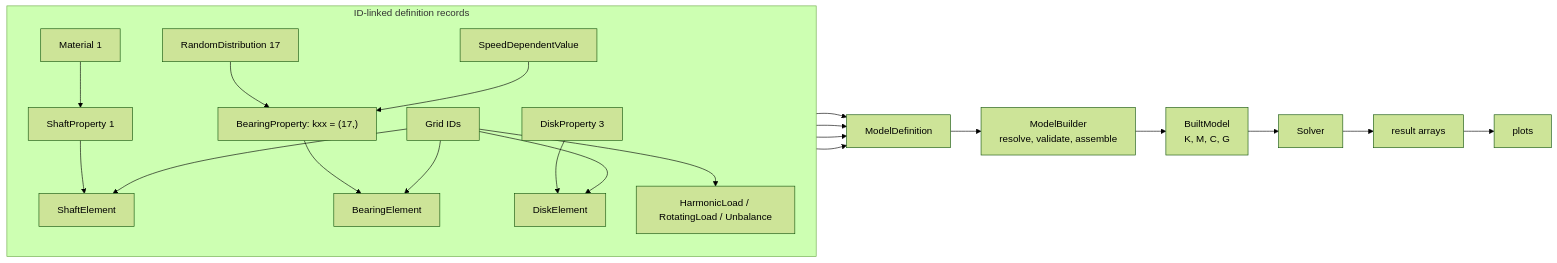
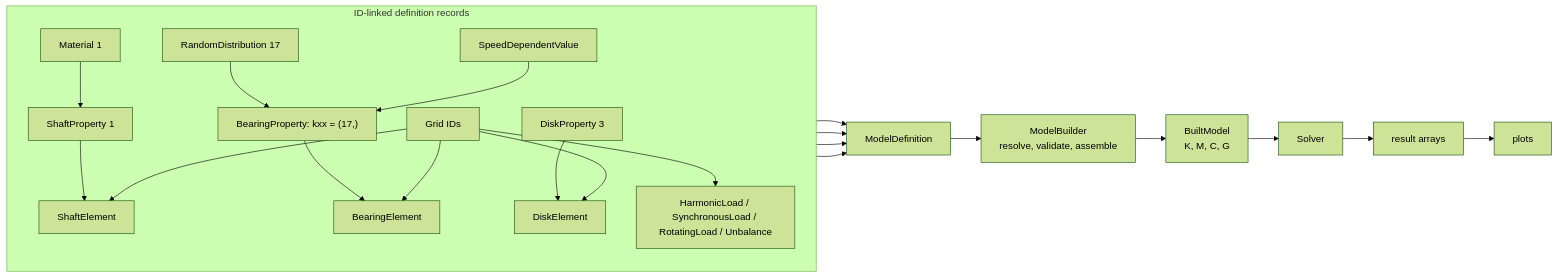
One commit to davidepisu9723/spinniped changed the diagram in doc/user-manual/02_model_definition.md. Above: the diagram before and after it, drawn with Mermaid (forest theme). The commit also changed other lines of this file and 10 other files, not shown here.

Commit message:
doc: documentation about synchronous loads updated

````diff
--- a/doc/user-manual/02_model_definition.md
+++ b/doc/user-manual/02_model_definition.md
@@ -35,26 +35,26 @@
 ```mermaid
 flowchart LR
     subgraph records["ID-linked definition records"]
         direction TB
         material["Material 1"] --> shaft_property["ShaftProperty 1"]
         shaft_property --> shaft_element["ShaftElement"]
         distribution["RandomDistribution 17"] --> bearing_property["BearingProperty: kxx = (17,)"]
         speed_table["SpeedDependentValue"] --> bearing_property
         bearing_property --> bearing_element["BearingElement"]
         disk_property["DiskProperty 3"] --> disk_element["DiskElement"]
         grids["Grid IDs"] --> shaft_element
         grids --> bearing_element
         grids --> disk_element
-        grids --> loads["HarmonicLoad / RotatingLoad / Unbalance"]
+        grids --> loads["HarmonicLoad / SynchronousLoad / RotatingLoad / Unbalance"]
     end
 
     shaft_element --> definition["ModelDefinition"]
     bearing_element --> definition
     disk_element --> definition
     loads --> definition
     definition --> builder["ModelBuilder<br/>resolve, validate, assemble"]
     builder --> built["BuiltModel<br/>K, M, C, G"]
     built --> solver["Solver"]
     solver --> result["result arrays"]
     result --> plots["plots"]
 ```
````
